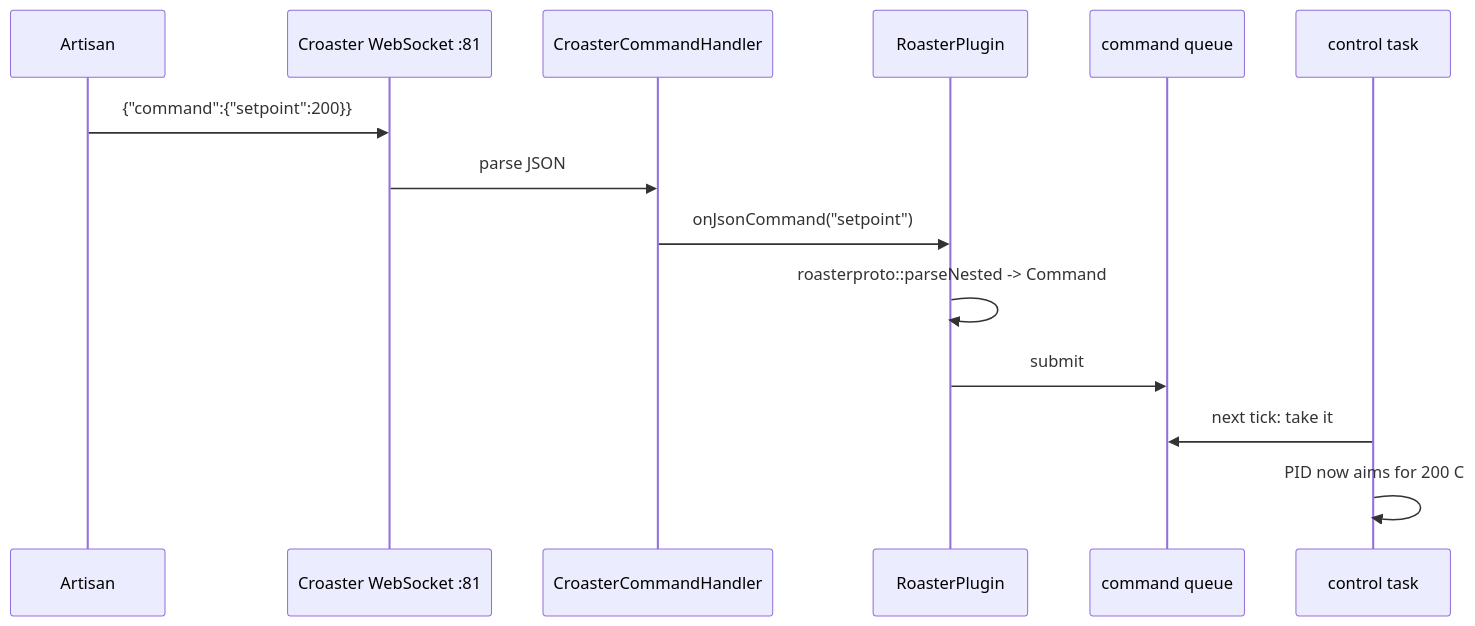
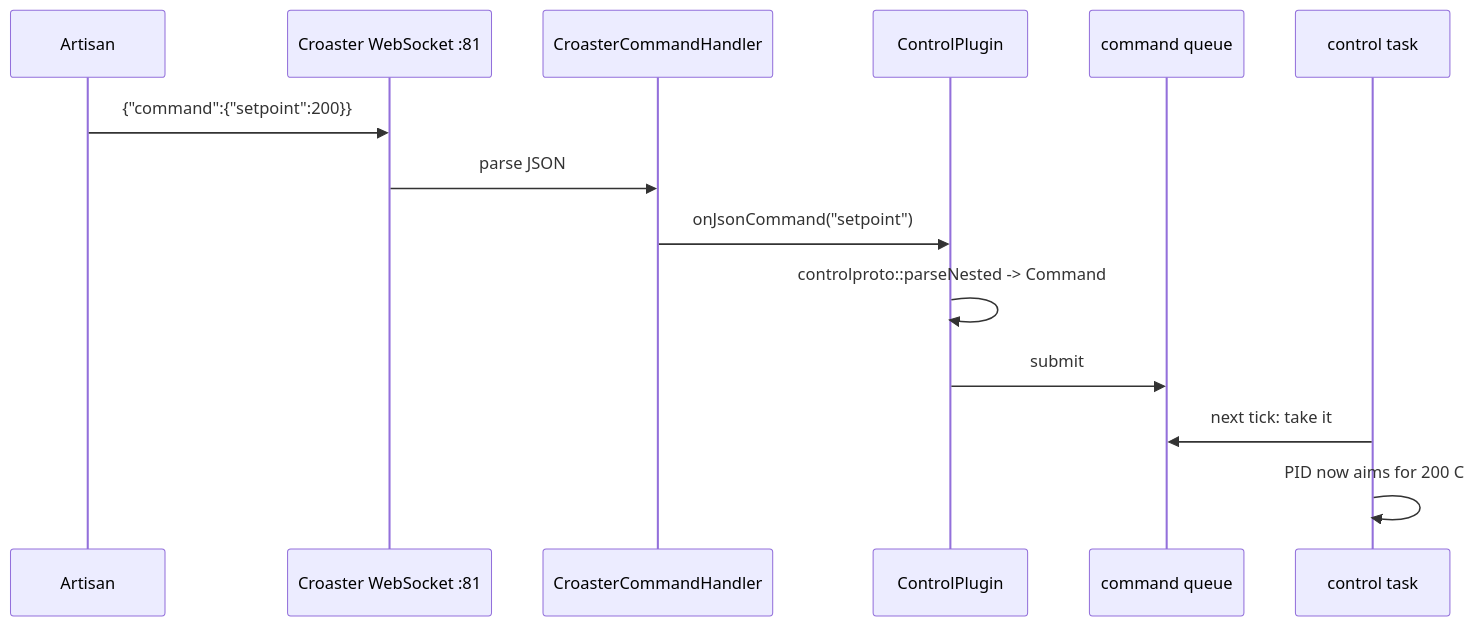
One commit to shawns1234/Croaster changed the second of 2 diagrams in docs/how.md. Above: the diagram before and after it, drawn with Mermaid. The commit also changed other lines of this file and 49 other files, not shown here.

First line of the commit message:
Rename roaster-named code to flex (board) and control (features)

````diff
--- a/docs/how.md
+++ b/docs/how.md
@@ -76,16 +76,16 @@
 ```mermaid
 sequenceDiagram
     participant Art as Artisan
     participant WS as Croaster WebSocket :81
     participant H as CroasterCommandHandler
-    participant P as RoasterPlugin
+    participant P as ControlPlugin
     participant Q as command queue
     participant T as control task
     Art->>WS: {"command":{"setpoint":200}}
     WS->>H: parse JSON
     H->>P: onJsonCommand("setpoint")
-    P->>P: roasterproto::parseNested -> Command
+    P->>P: controlproto::parseNested -> Command
     P->>Q: submit
     T->>Q: next tick: take it
     T->>T: PID now aims for 200 C
 ```
````
